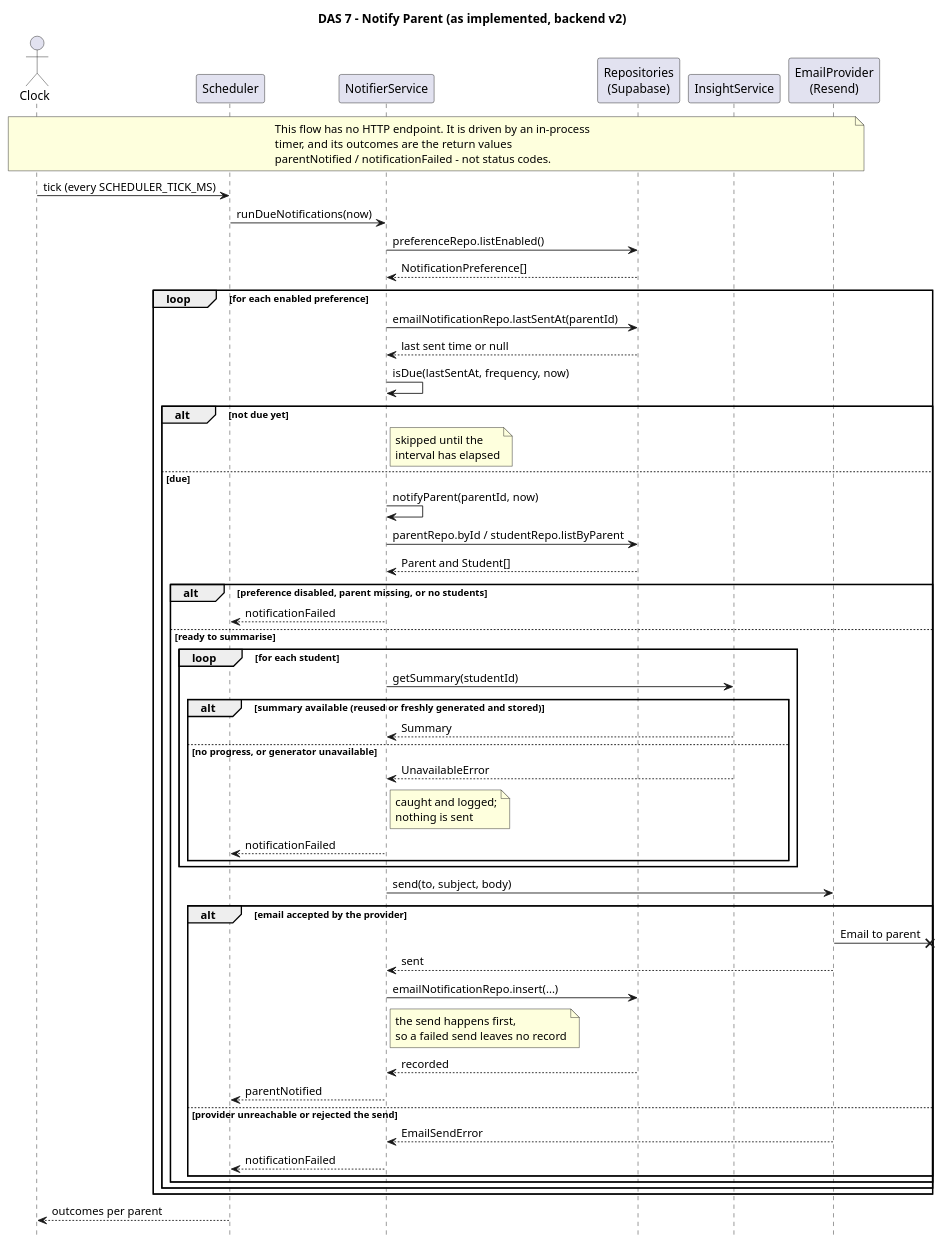
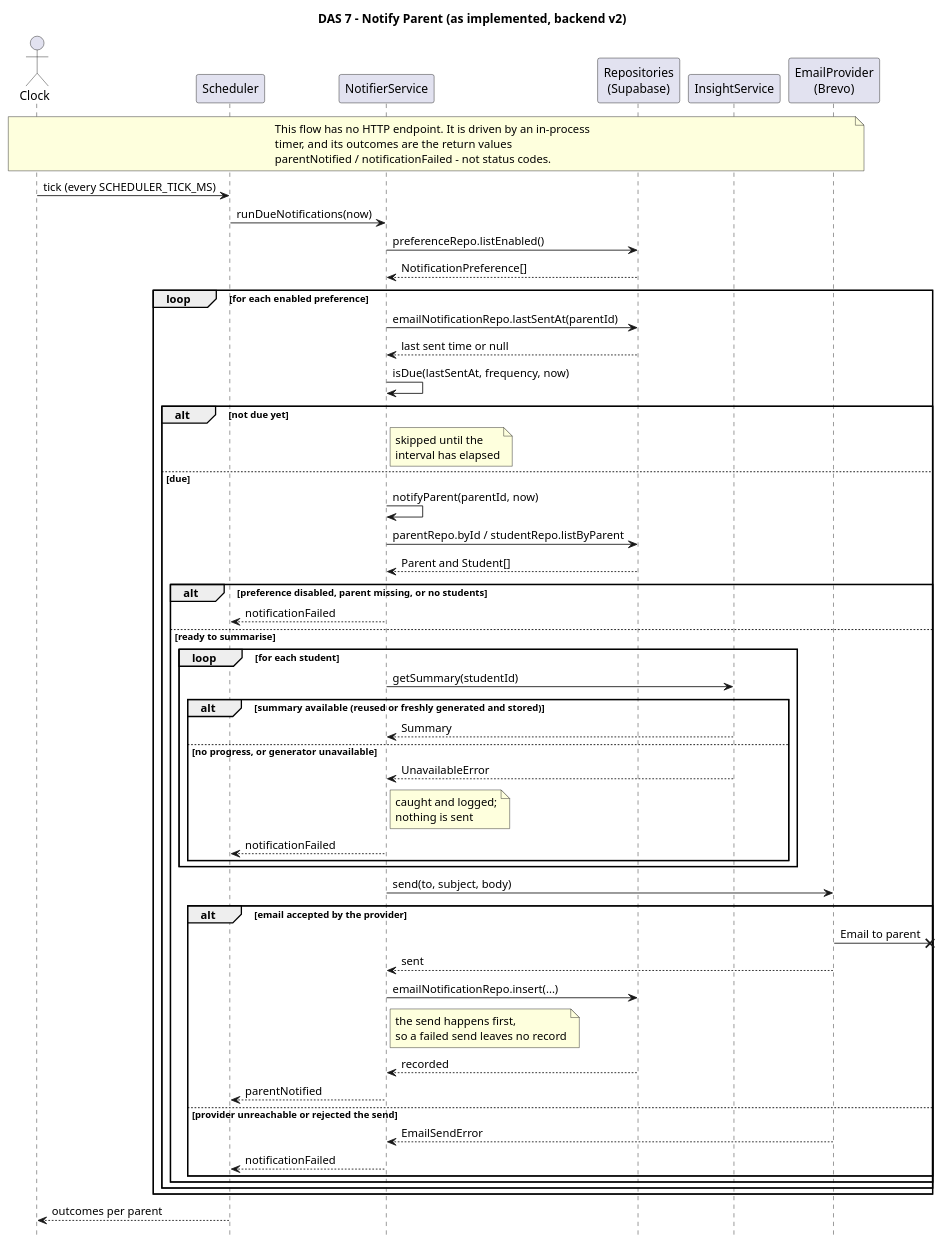
One commit to Bwooonggg/ESC-C2T5 changed the diagram in DAS_7/backend/docs/sequenceDiagram7_2.puml. Above: the diagram before and after it, drawn with PlantUML. The commit also changed 19 other files, not shown here.

```diff
--- a/DAS_7/backend/docs/sequenceDiagram7_2.puml
+++ b/DAS_7/backend/docs/sequenceDiagram7_2.puml
@@ -1,71 +1,71 @@
 @startuml
 title DAS 7 - Notify Parent (as implemented, backend v2)
 
 hide footbox
 skinparam backgroundColor white
 
 actor Clock
 participant "Scheduler" as Scheduler
 participant "NotifierService" as Notifier
 participant "Repositories\n(Supabase)" as Repo
 participant "InsightService" as Insight
-participant "EmailProvider\n(Resend)" as Email
+participant "EmailProvider\n(Brevo)" as Email
 
 note over Clock, Email
   This flow has no HTTP endpoint. It is driven by an in-process
   timer, and its outcomes are the return values
   parentNotified / notificationFailed - not status codes.
 end note
 
 Clock -> Scheduler : tick (every SCHEDULER_TICK_MS)
 Scheduler -> Notifier : runDueNotifications(now)
 Notifier -> Repo : preferenceRepo.listEnabled()
 Repo --> Notifier : NotificationPreference[]
 
 loop for each enabled preference
   Notifier -> Repo : emailNotificationRepo.lastSentAt(parentId)
   Repo --> Notifier : last sent time or null
   Notifier -> Notifier : isDue(lastSentAt, frequency, now)
 
   alt not due yet
     note right of Notifier : skipped until the\ninterval has elapsed
   else due
     Notifier -> Notifier : notifyParent(parentId, now)
     Notifier -> Repo : parentRepo.byId / studentRepo.listByParent
     Repo --> Notifier : Parent and Student[]
 
     alt preference disabled, parent missing, or no students
       Notifier --> Scheduler : notificationFailed
     else ready to summarise
       loop for each student
         Notifier -> Insight : getSummary(studentId)
 
         alt summary available (reused or freshly generated and stored)
           Insight --> Notifier : Summary
         else no progress, or generator unavailable
           Insight --> Notifier : UnavailableError
           note right of Notifier : caught and logged;\nnothing is sent
           Notifier --> Scheduler : notificationFailed
         end
       end
 
       Notifier -> Email : send(to, subject, body)
 
       alt email accepted by the provider
         Email ->x] : Email to parent
         Email --> Notifier : sent
         Notifier -> Repo : emailNotificationRepo.insert(...)
         note right of Notifier : the send happens first,\nso a failed send leaves no record
         Repo --> Notifier : recorded
         Notifier --> Scheduler : parentNotified
       else provider unreachable or rejected the send
         Email --> Notifier : EmailSendError
         Notifier --> Scheduler : notificationFailed
       end
     end
   end
 end
 
 Scheduler --> Clock : outcomes per parent
 
 @enduml
```
